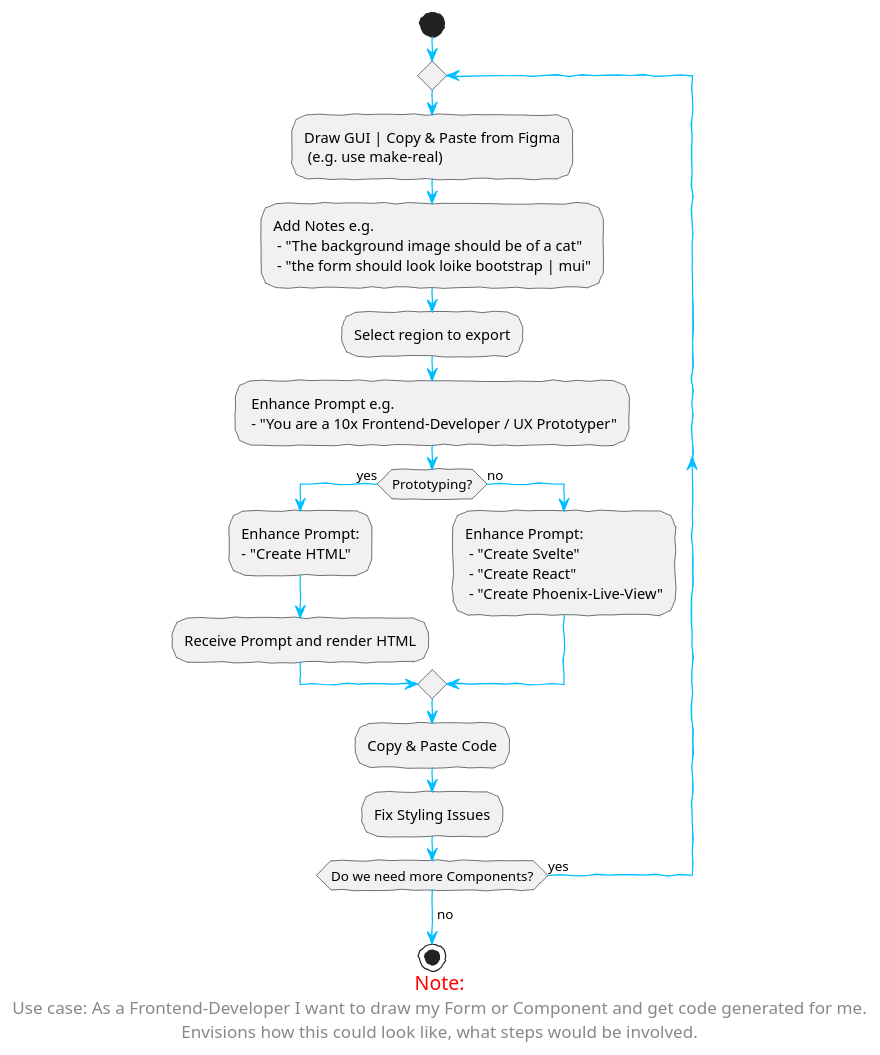
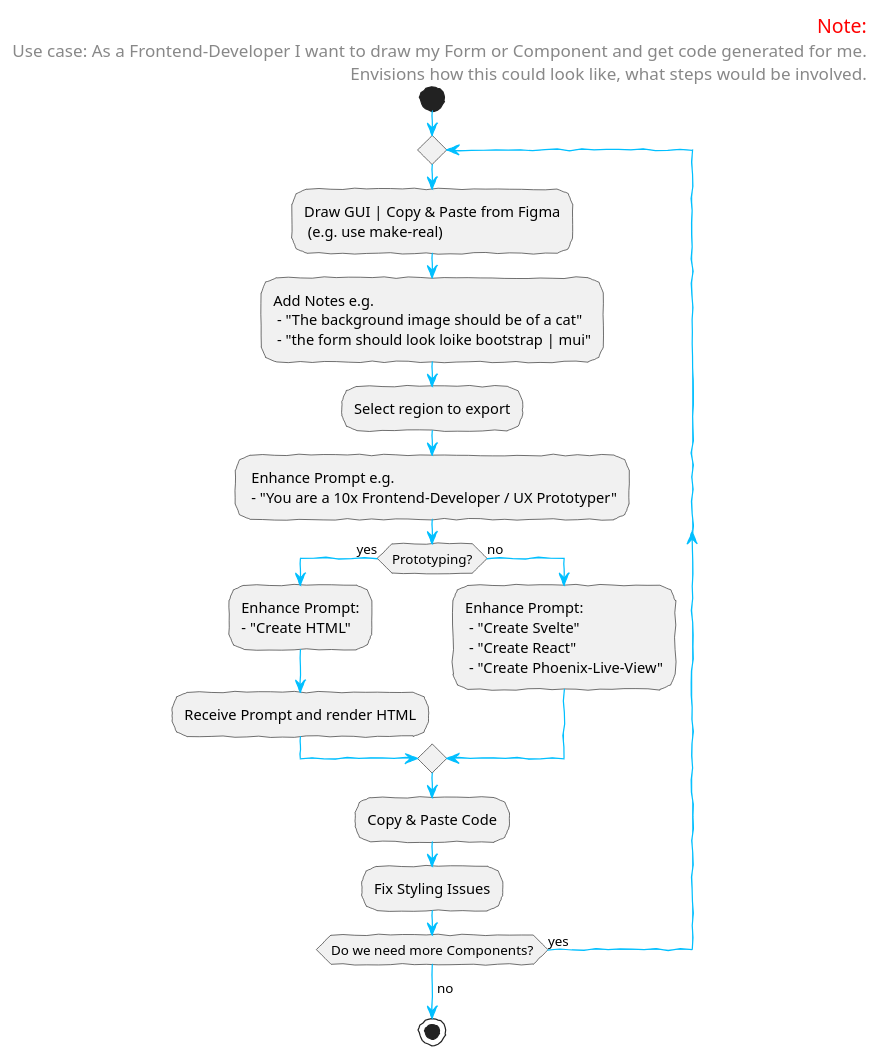
The diagram in src/content/docs/ai/Learning Goals/ui-workflow.puml (7frank/ai-ui-playground), drawn with PlantUML before and after one commit. The commit also changed 1 other file, not shown here.

```diff
--- a/src/content/docs/ai/Learning Goals/ui-workflow.puml
+++ b/src/content/docs/ai/Learning Goals/ui-workflow.puml
@@ -1,64 +1,64 @@
 @startuml
 
 skinparam handwritten true
 
 skinparam sequence {
 ArrowColor DeepSkyBlue
 ActorBorderColor DeepSkyBlue
 LifeLineBorderColor blue
 LifeLineBackgroundColor #A9DCDF
 
 ParticipantBorderColor DodgerBlue
 ParticipantBackgroundColor DeepSkyBlue
 
 ParticipantFontColor #333
 
 ActorBackgroundColor aqua
 ActorFontColor DeepSkyBlue
 ActorFontSize 17
 ActorFontName Aapex
 }
 
-footer
+header
 <font color=red size=16>Note:</font>
 <font  size=14>Use case: As a Frontend-Developer I want to draw my Form or Component and get code generated for me.</font>
 <font  size=14>Envisions how this could look like, what steps would be involved.</font>
-endfooter
+endheader
 
 start
 
 repeat
 
 
 
 :Draw GUI | Copy & Paste from Figma
  (e.g. use make-real);
 
 :Add Notes e.g.
  - "The background image should be of a cat"
  - "the form should look loike bootstrap | mui";
 :Select region to export;
 : Enhance Prompt e.g.
  - "You are a 10x Frontend-Developer / UX Prototyper";
 
 if (Prototyping?) then (yes)
   :Enhance Prompt: 
   - "Create HTML";
   :Receive Prompt and render HTML;
 else (no)
   :Enhance Prompt: 
    - "Create Svelte"
    - "Create React"
    - "Create Phoenix-Live-View";
 endif
 
 :Copy & Paste Code;
 :Fix Styling Issues;
 
 
 repeat while (Do we need more Components?) is (yes)
 ->no;
 
 stop
 
 @enduml
```
